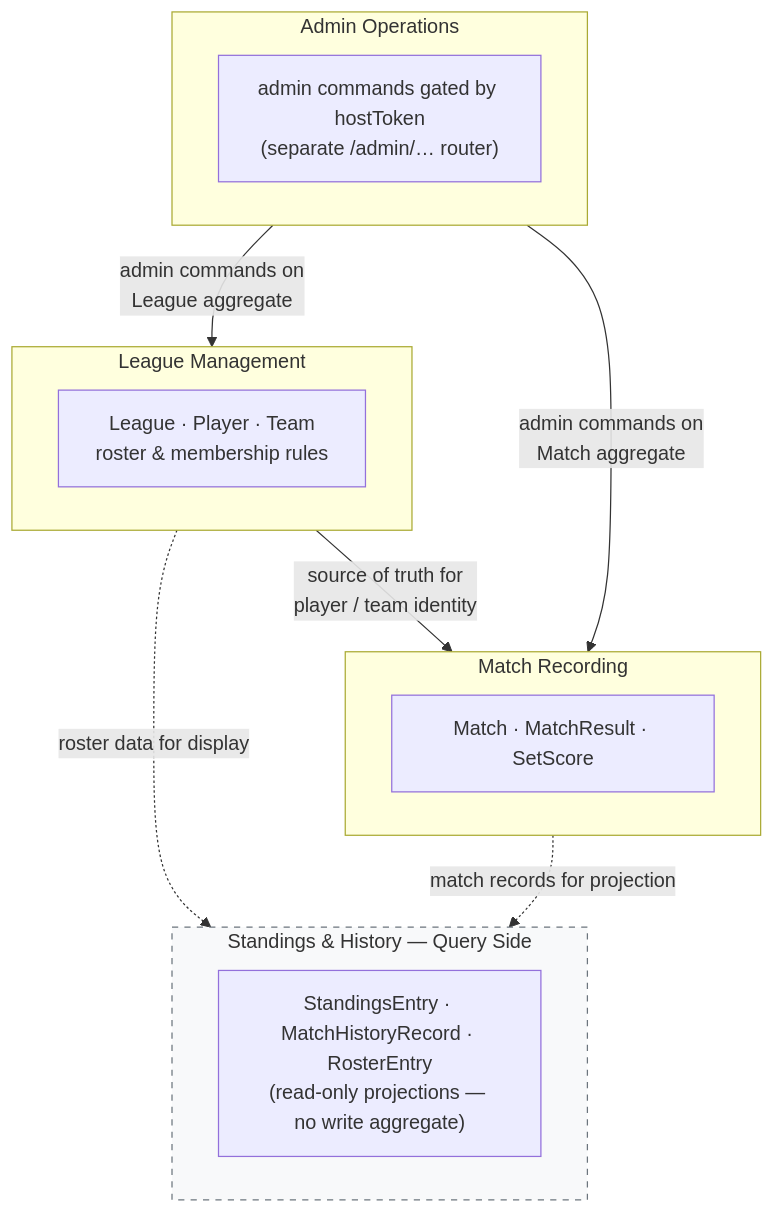
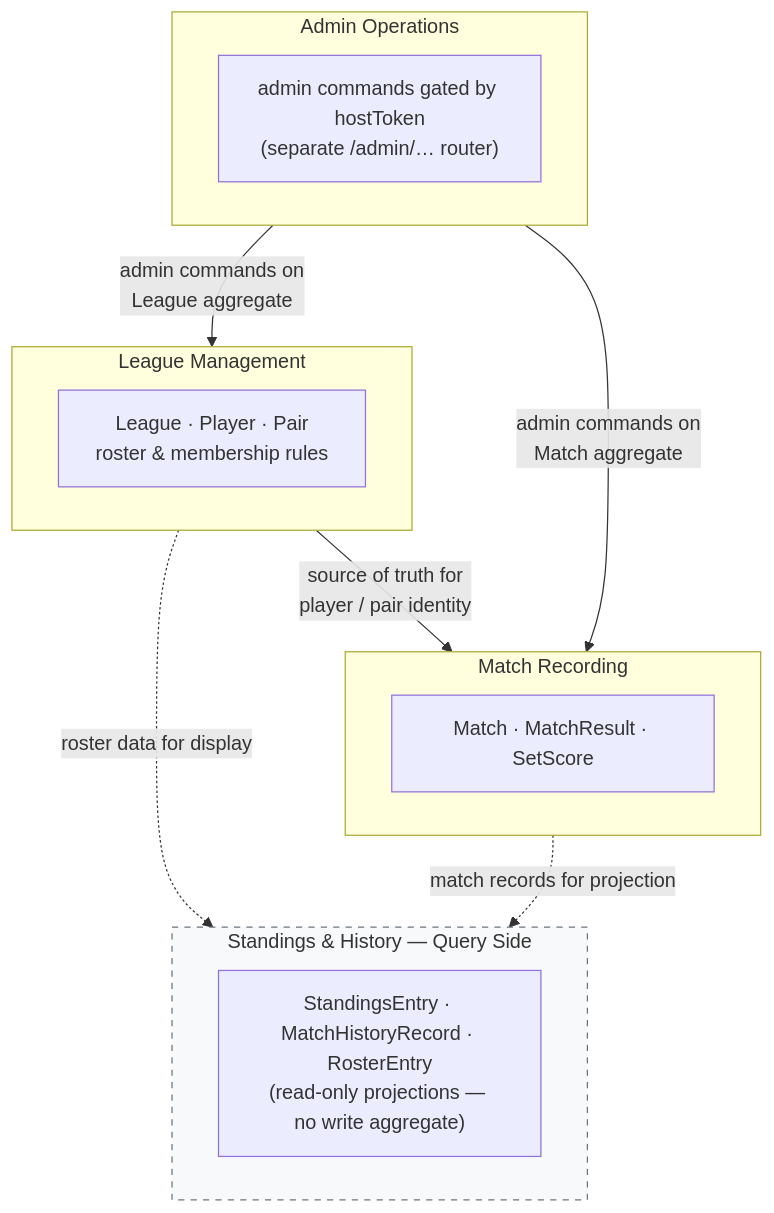
Before and after one commit to swjeong0825/TLMB_backend_main: the diagram in Design_Doc/TLMB_Design_doc/01_bounded_contexts.md, drawn with Mermaid. The commit also changed other lines of this file and 113 other files, not shown here.

Commit message:
team_to_pair_migration

````diff
--- a/Design_Doc/TLMB_Design_doc/01_bounded_contexts.md
+++ b/Design_Doc/TLMB_Design_doc/01_bounded_contexts.md
@@ -41,23 +41,23 @@
 ```mermaid
 flowchart TD
     subgraph LM ["League Management"]
-        LM_C["League · Player · Team\nroster & membership rules"]
+        LM_C["League · Player · Pair\nroster & membership rules"]
     end
     subgraph MR ["Match Recording"]
         MR_C["Match · MatchResult · SetScore"]
     end
     subgraph SH ["Standings & History — Query Side"]
         SH_C["StandingsEntry · MatchHistoryRecord · RosterEntry\n(read-only projections — no write aggregate)"]
     end
     subgraph AO ["Admin Operations"]
         AO_C["admin commands gated by hostToken\n(separate /admin/… router)"]
     end
 
-    LM -->|"source of truth for\nplayer / team identity"| MR
+    LM -->|"source of truth for\nplayer / pair identity"| MR
     LM -.->|"roster data for display"| SH
     MR -.->|"match records for projection"| SH
     AO -->|"admin commands on\nLeague aggregate"| LM
     AO -->|"admin commands on\nMatch aggregate"| MR
 
     style SH fill:#f8f9fa,stroke:#6c757d,stroke-dasharray: 5 5
 ```
````
